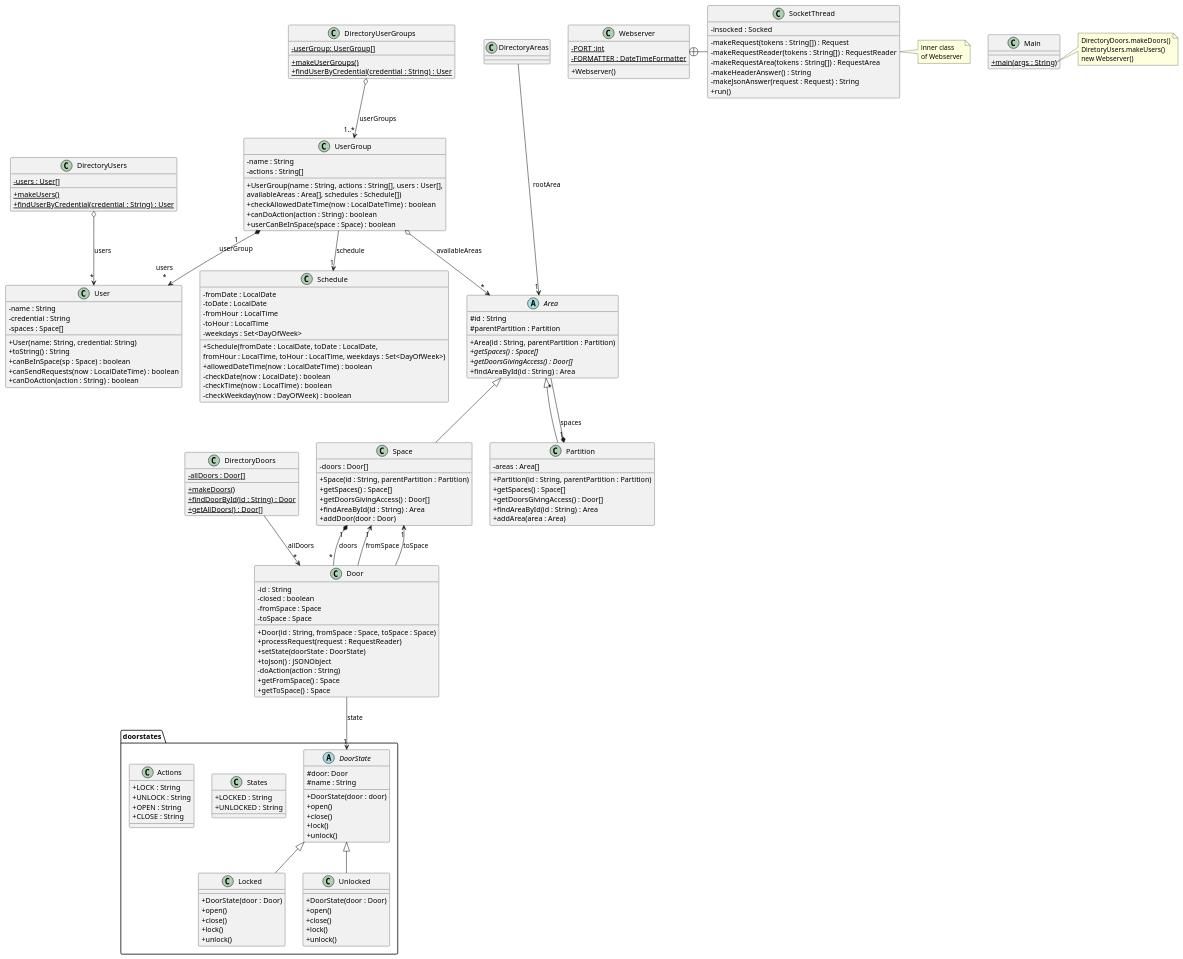
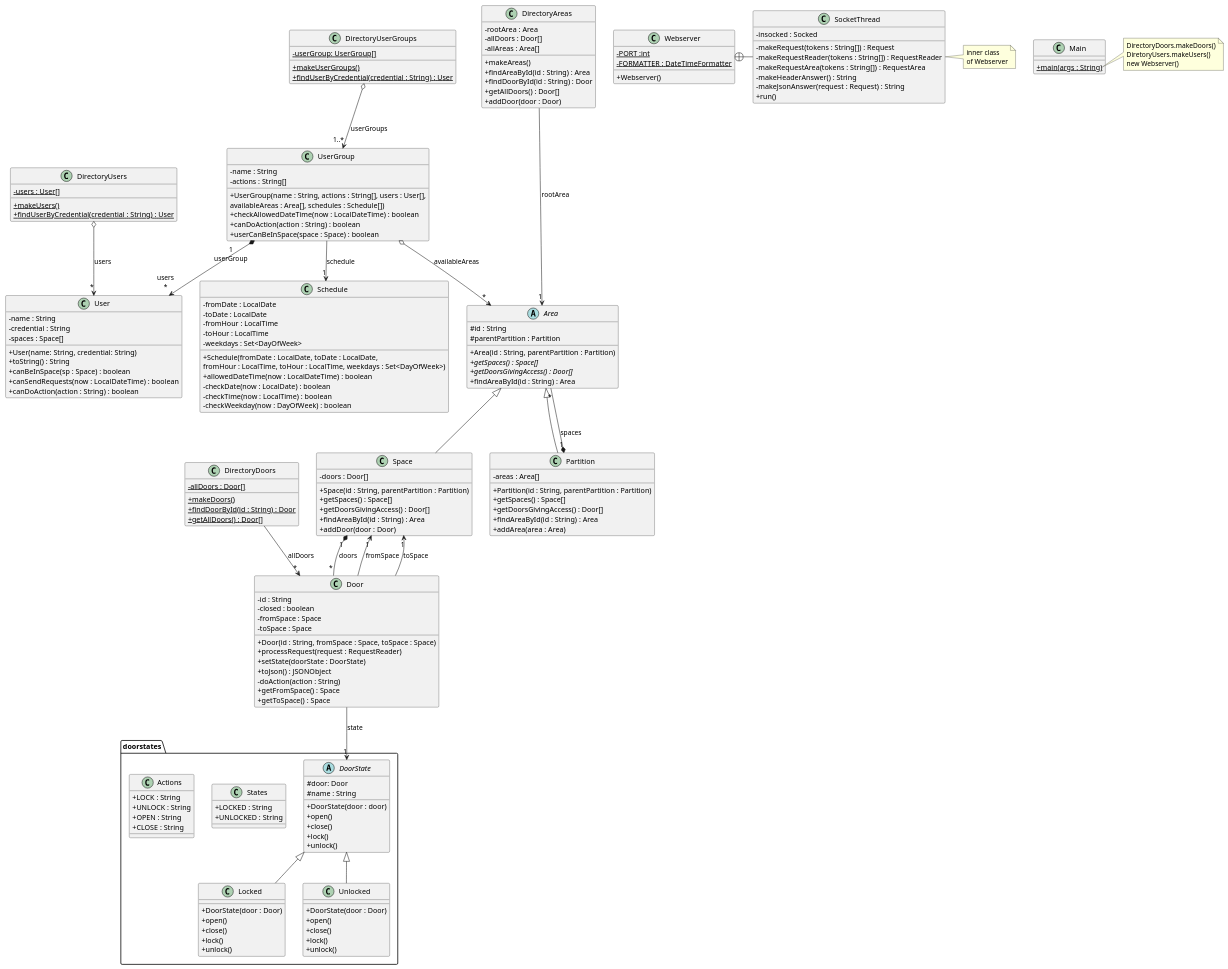
One commit to leonhrt/DSW-ACS changed the diagram in src/baseNoStates/uml/base_no_states.puml. Above: the diagram before and after it, drawn with PlantUML.

Commit message:
deleted DirectoryAreas in the puml bec im stupid

```diff
--- a/src/baseNoStates/uml/base_no_states.puml
+++ b/src/baseNoStates/uml/base_no_states.puml
@@ -36,6 +36,17 @@
 - {static} users : User[]
 + {static} makeUsers()
 + {static} findUserByCredential(credential : String) : User
+}
+
+class DirectoryAreas{
+-rootArea : Area
+-allDoors : Door[]
+-allAreas : Area[]
++makeAreas()
++findAreaById(id : String) : Area
++findDoorById(id : String) : Door
++getAllDoors() : Door[]
++addDoor(door : Door)
 }
 
 class Door {
```
